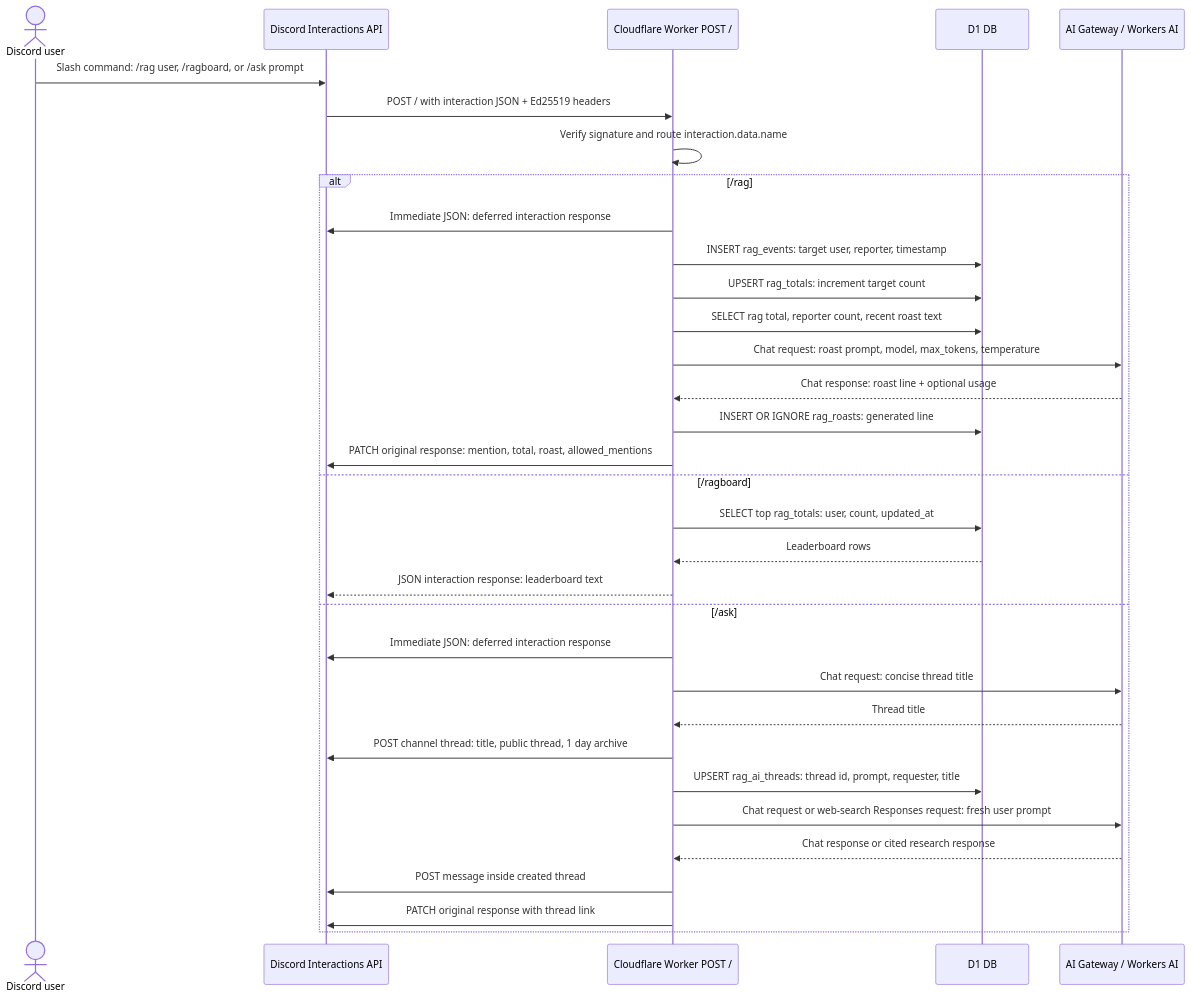
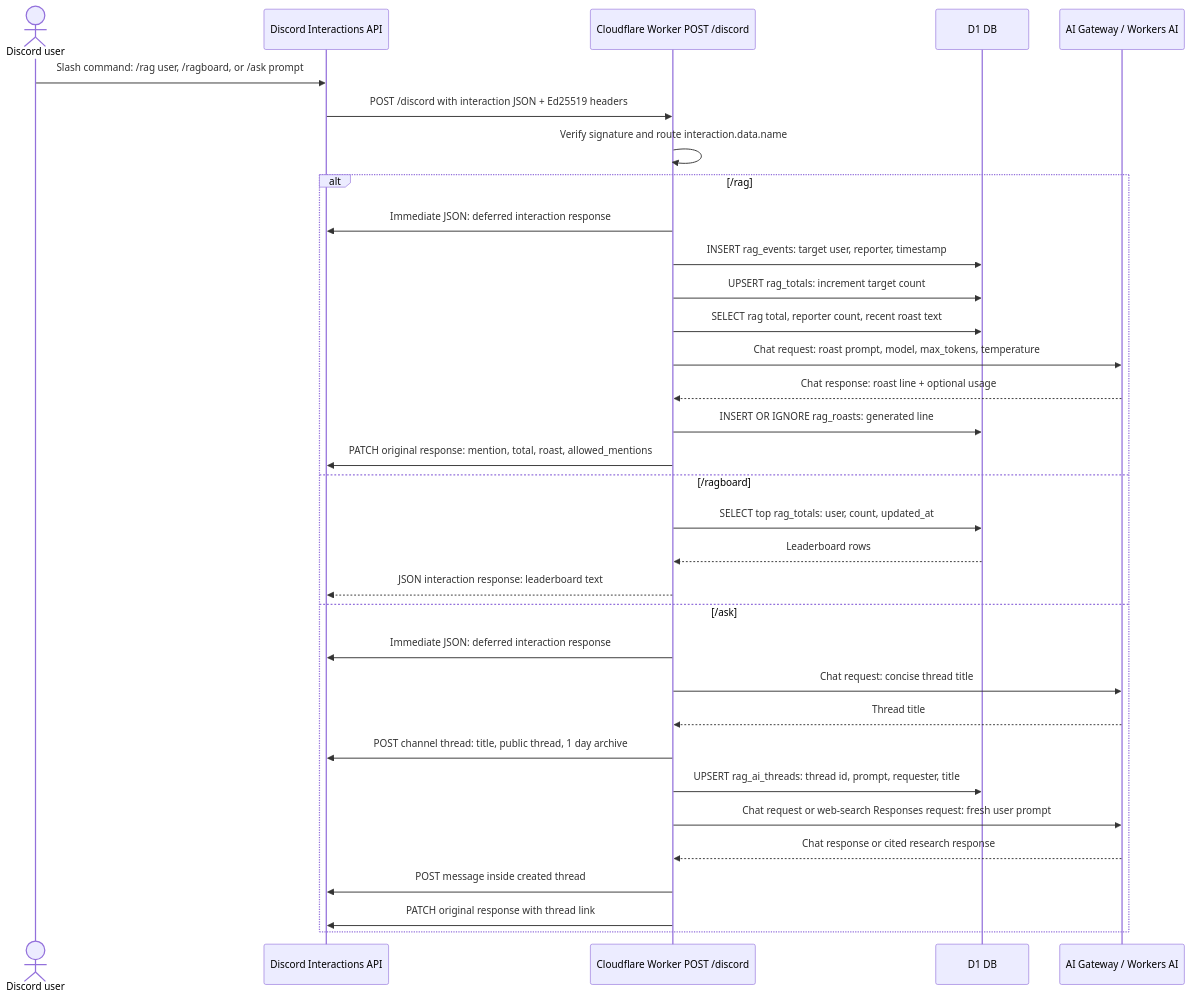
Before and after one commit to jackm43/rag: the second of 3 diagrams in README.md, drawn with Mermaid. The commit also changed other lines of this file and 4 other files, not shown here.

Commit message:
Harden worker routes and Discord auth

````diff
--- a/README.md
+++ b/README.md
@@ -53,37 +49,37 @@
 ```mermaid
 sequenceDiagram
   actor User as Discord user
   participant Discord as Discord Interactions API
-  participant Worker as Cloudflare Worker POST /
+  participant Worker as Cloudflare Worker POST /discord
   participant DB as D1 DB
   participant AI as AI Gateway / Workers AI
 
   User->>Discord: Slash command: /rag user, /ragboard, or /ask prompt
-  Discord->>Worker: POST / with interaction JSON + Ed25519 headers
+  Discord->>Worker: POST /discord with interaction JSON + Ed25519 headers
   Worker->>Worker: Verify signature and route interaction.data.name
 
   alt /rag
     Worker->>Discord: Immediate JSON: deferred interaction response
     Worker->>DB: INSERT rag_events: target user, reporter, timestamp
     Worker->>DB: UPSERT rag_totals: increment target count
     Worker->>DB: SELECT rag total, reporter count, recent roast text
     Worker->>AI: Chat request: roast prompt, model, max_tokens, temperature
     AI-->>Worker: Chat response: roast line + optional usage
     Worker->>DB: INSERT OR IGNORE rag_roasts: generated line
     Worker->>Discord: PATCH original response: mention, total, roast, allowed_mentions
   else /ragboard
     Worker->>DB: SELECT top rag_totals: user, count, updated_at
     DB-->>Worker: Leaderboard rows
     Worker-->>Discord: JSON interaction response: leaderboard text
   else /ask
     Worker->>Discord: Immediate JSON: deferred interaction response
     Worker->>AI: Chat request: concise thread title
     AI-->>Worker: Thread title
     Worker->>Discord: POST channel thread: title, public thread, 1 day archive
     Worker->>DB: UPSERT rag_ai_threads: thread id, prompt, requester, title
     Worker->>AI: Chat request or web-search Responses request: fresh user prompt
     AI-->>Worker: Chat response or cited research response
     Worker->>Discord: POST message inside created thread
     Worker->>Discord: PATCH original response with thread link
   end
 ```
````
